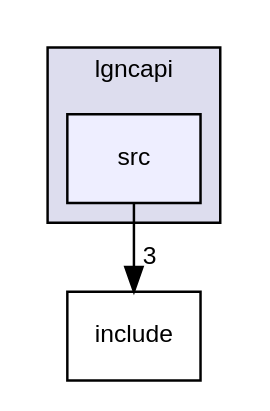
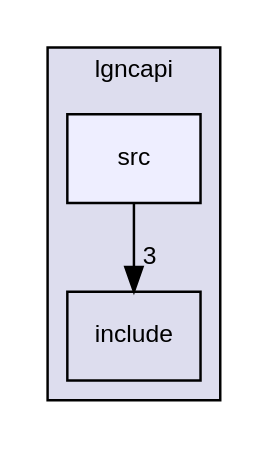
One commit to webosbrew/tv-native-apis changed the diagram in dir_a52b94bb14d193f472647ef9d5714f89_dep.dot. Above: the diagram before and after it, drawn with Graphviz. The commit also changed other lines of this file and 91 other files, not shown here.

```diff
--- a/dir_a52b94bb14d193f472647ef9d5714f89_dep.dot
+++ b/dir_a52b94bb14d193f472647ef9d5714f89_dep.dot
@@ -1,11 +1,11 @@
 digraph "lgncapi/src" {
   compound=true
   node [ fontsize="10", fontname="Helvetica"];
   edge [ labelfontsize="10", labelfontname="Helvetica"];
   subgraph clusterdir_dddacb39a28ccab5ccc5437e0bc3efe6 {
     graph [ bgcolor="#ddddee", pencolor="black", label="lgncapi" fontname="Helvetica", fontsize="10", URL="dir_dddacb39a28ccab5ccc5437e0bc3efe6.html"]
+  dir_bd55be3e7513708b4fd19e210b40e663 [shape=box label="include" URL="dir_bd55be3e7513708b4fd19e210b40e663.html"];
   dir_a52b94bb14d193f472647ef9d5714f89 [shape=box, label="src", style="filled", fillcolor="#eeeeff", pencolor="black", URL="dir_a52b94bb14d193f472647ef9d5714f89.html"];
   }
-  dir_bd55be3e7513708b4fd19e210b40e663 [shape=box label="include" URL="dir_bd55be3e7513708b4fd19e210b40e663.html"];
   dir_a52b94bb14d193f472647ef9d5714f89->dir_bd55be3e7513708b4fd19e210b40e663 [headlabel="3", labeldistance=1.5 headhref="dir_000002_000001.html"];
 }
```
